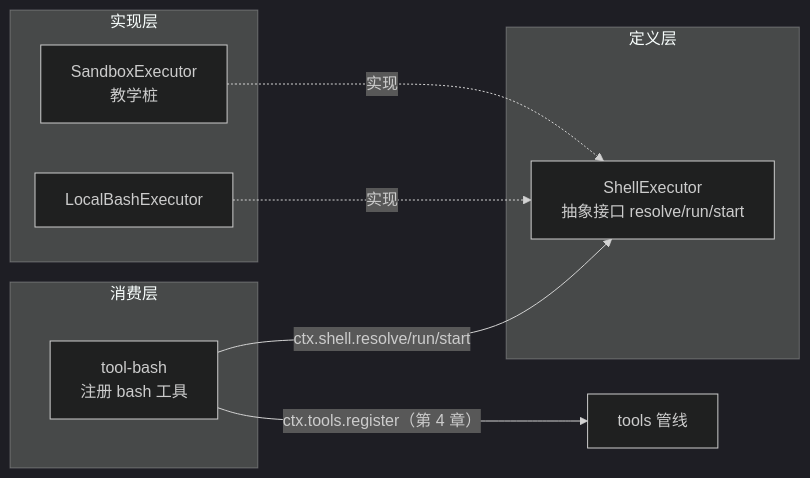
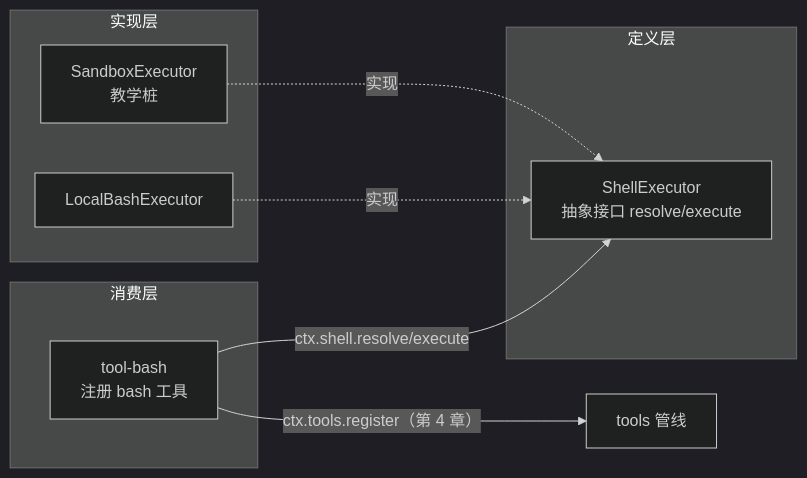
The first of 2 diagrams in ch05/ch05-capability-seam-triple-role_zh.md (ChenYu1991ppak/deepseek-harness-anatomy), drawn with Mermaid (dark theme) before and after one commit. The commit also changed other lines of this file and 124 other files, not shown here.

````diff
--- a/ch05/ch05-capability-seam-triple-role_zh.md
+++ b/ch05/ch05-capability-seam-triple-role_zh.md
@@ -66,17 +66,17 @@
 ```mermaid
 flowchart LR
     subgraph 定义层
-        D[ShellExecutor<br/>抽象接口 resolve/run/start]
+        D[ShellExecutor<br/>抽象接口 resolve/execute]
     end
     subgraph 实现层
         P1[LocalBashExecutor]
         P2[SandboxExecutor<br/>教学桩]
     end
     subgraph 消费层
         C[tool-bash<br/>注册 bash 工具]
     end
-    C -->|"ctx.shell.resolve/run/start"| D
+    C -->|"ctx.shell.resolve/execute"| D
     P1 -.->|"实现"| D
     P2 -.->|"实现"| D
     C -->|"ctx.tools.register（第 4 章）"| T[tools 管线]
 ```
````
